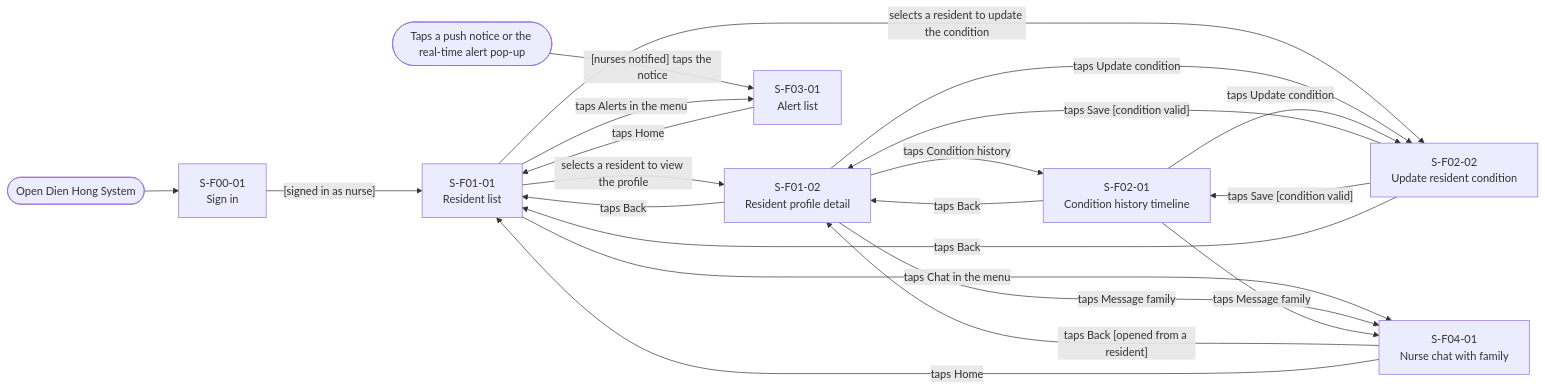
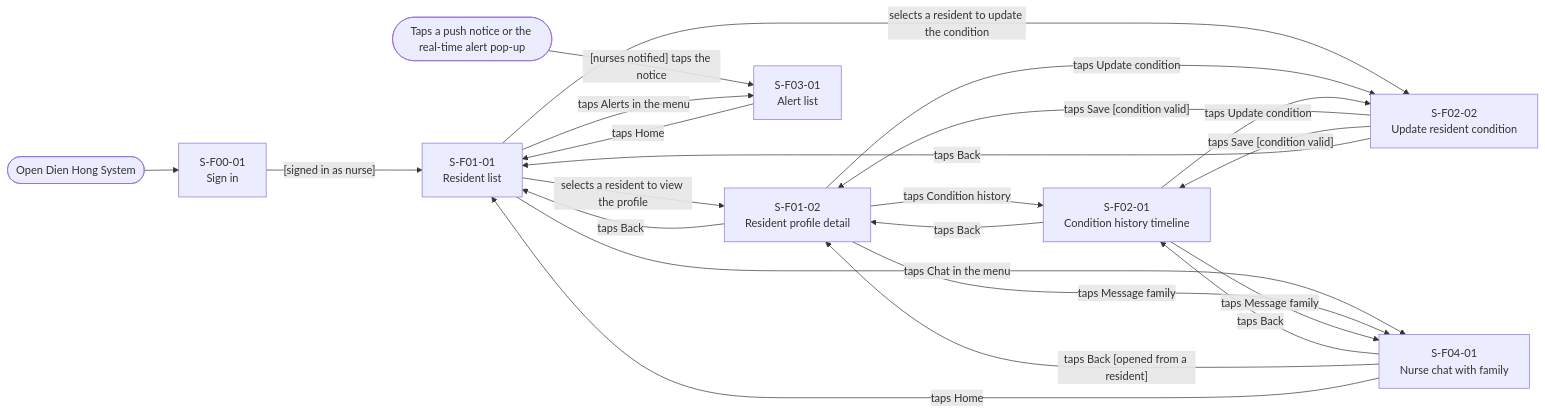
Before and after one commit to hatrang191/groupE-nursinghome: the second of 5 diagrams in docs/external-design/screen-transition.md, drawn with Mermaid.

Commit message:
Add screen transition for S04_01 tapping Back

````diff
--- a/docs/external-design/screen-transition.md
+++ b/docs/external-design/screen-transition.md
@@ -26,32 +26,33 @@
 ```mermaid
 flowchart LR
   entry(["Open Dien Hong System"])
   alert(["Taps a push notice or the real-time alert pop-up"])
   S00_01["S-F00-01<br>Sign in"]
   S01_01["S-F01-01<br>Resident list"]
   S01_02["S-F01-02<br>Resident profile detail"]
   S02_01["S-F02-01<br>Condition history timeline"]
   S02_02["S-F02-02<br>Update resident condition"]
   S03_01["S-F03-01<br>Alert list"]
   S04_01["S-F04-01<br>Nurse chat with family"]
   entry --> S00_01
   S00_01 -->|"[signed in as nurse]"| S01_01
   alert -->|"[nurses notified] taps the notice"| S03_01
   S01_01 -->|"selects a resident to view the profile"| S01_02
   S01_01 -->|"selects a resident to update the condition"| S02_02
   S01_01 -->|"taps Alerts in the menu"| S03_01
   S01_01 -->|"taps Chat in the menu"| S04_01
   S01_02 -->|"taps Condition history"| S02_01
   S01_02 -->|"taps Update condition"| S02_02
   S01_02 -->|"taps Message family"| S04_01
   S01_02 -->|"taps Back"| S01_01
   S02_01 -->|"taps Update condition"| S02_02
   S02_01 -->|"taps Message family"| S04_01
   S02_01 -->|"taps Back"| S01_02
   S02_02 -->|"taps Save [condition valid]"| S01_02
   S02_02 -->|"taps Save [condition valid]"| S02_01
   S02_02 -->|"taps Back"| S01_01
   S03_01 -->|"taps Home"| S01_01
+  S04_01 -->|"taps Back"| S02_01
   S04_01 -->|"taps Back [opened from a resident]"| S01_02
   S04_01 -->|"taps Home"| S01_01
 ```
````
